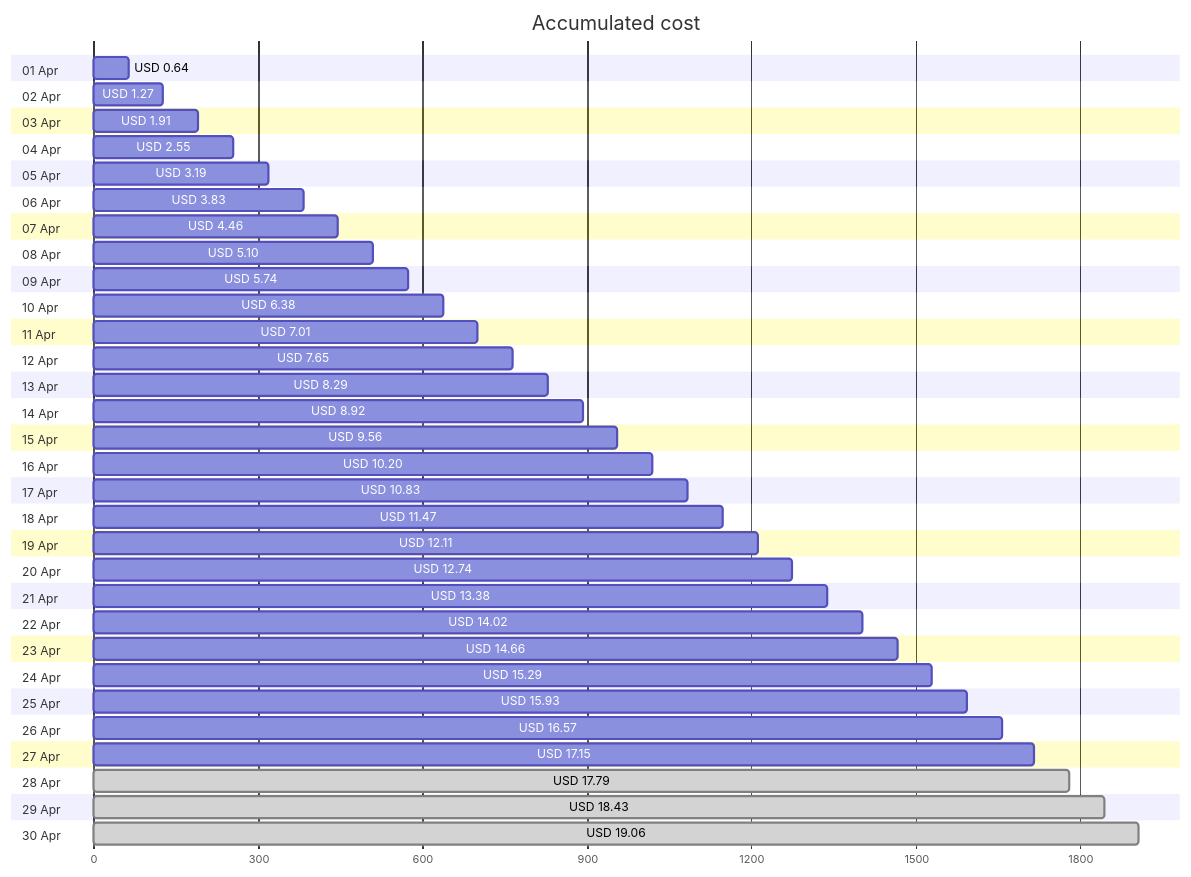
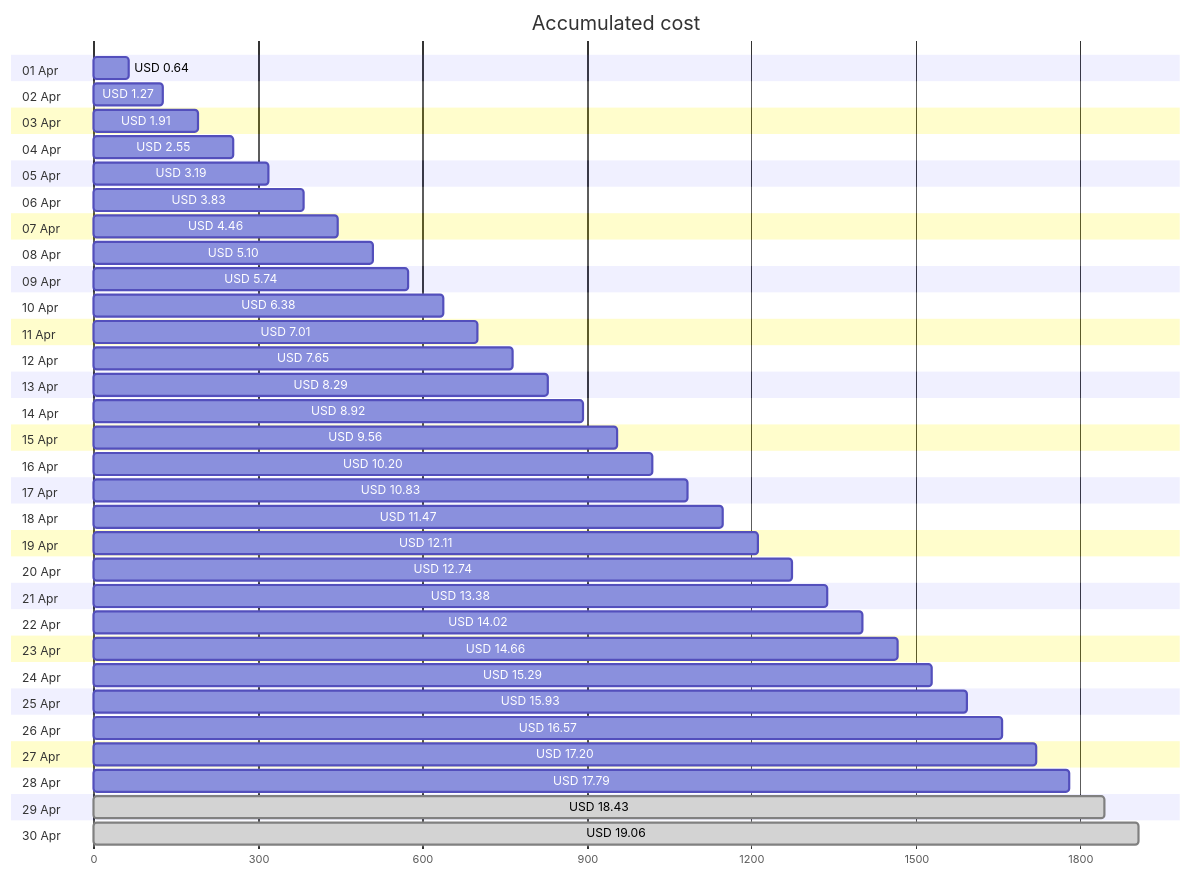
One commit to jpfulton/azure-personal-reports changed the first of 4 diagrams in cost-reports/accumulated-cost.md. Above: the diagram before and after it, drawn with Mermaid. The commit also changed other lines of this file and 4 other files, not shown here.

````diff
--- a/cost-reports/accumulated-cost.md
+++ b/cost-reports/accumulated-cost.md
@@ -20,66 +20,66 @@
 ```mermaid
 gantt
    title Accumulated cost
    dateFormat  X
    axisFormat %s
    section 01 Apr
    USD 0.64 :0, 64
    section 02 Apr
    USD 1.27 :0, 127
    section 03 Apr
    USD 1.91 :0, 191
    section 04 Apr
    USD 2.55 :0, 255
    section 05 Apr
    USD 3.19 :0, 319
    section 06 Apr
    USD 3.83 :0, 383
    section 07 Apr
    USD 4.46 :0, 446
    section 08 Apr
    USD 5.10 :0, 510
    section 09 Apr
    USD 5.74 :0, 574
    section 10 Apr
    USD 6.38 :0, 638
    section 11 Apr
    USD 7.01 :0, 701
    section 12 Apr
    USD 7.65 :0, 765
    section 13 Apr
    USD 8.29 :0, 829
    section 14 Apr
    USD 8.92 :0, 892
    section 15 Apr
    USD 9.56 :0, 956
    section 16 Apr
    USD 10.20 :0, 1020
    section 17 Apr
    USD 10.83 :0, 1083
    section 18 Apr
    USD 11.47 :0, 1147
    section 19 Apr
    USD 12.11 :0, 1211
    section 20 Apr
    USD 12.74 :0, 1274
    section 21 Apr
    USD 13.38 :0, 1338
    section 22 Apr
    USD 14.02 :0, 1402
    section 23 Apr
    USD 14.66 :0, 1466
    section 24 Apr
    USD 15.29 :0, 1529
    section 25 Apr
    USD 15.93 :0, 1593
    section 26 Apr
    USD 16.57 :0, 1657
    section 27 Apr
-   USD 17.15 :0, 1715
+   USD 17.20 :0, 1720
    section 28 Apr
-   USD 17.79 : done, 0, 1779
+   USD 17.79 :0, 1779
    section 29 Apr
    USD 18.43 : done, 0, 1843
    section 30 Apr
    USD 19.06 : done, 0, 1906
 ```
````
